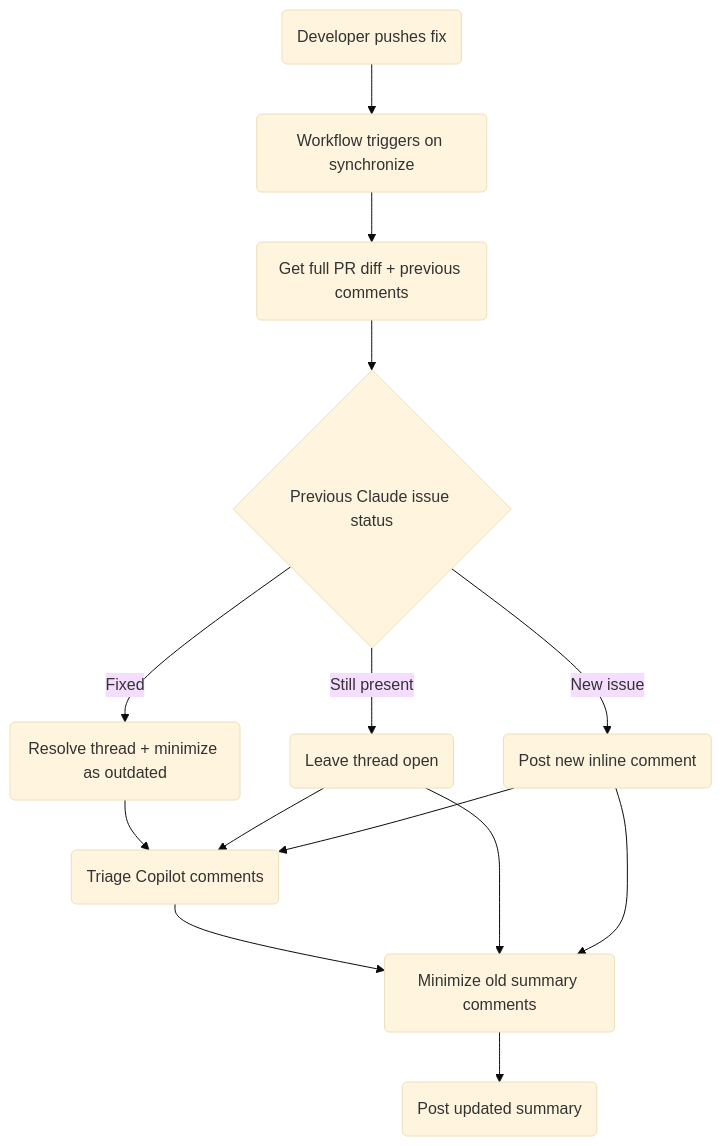
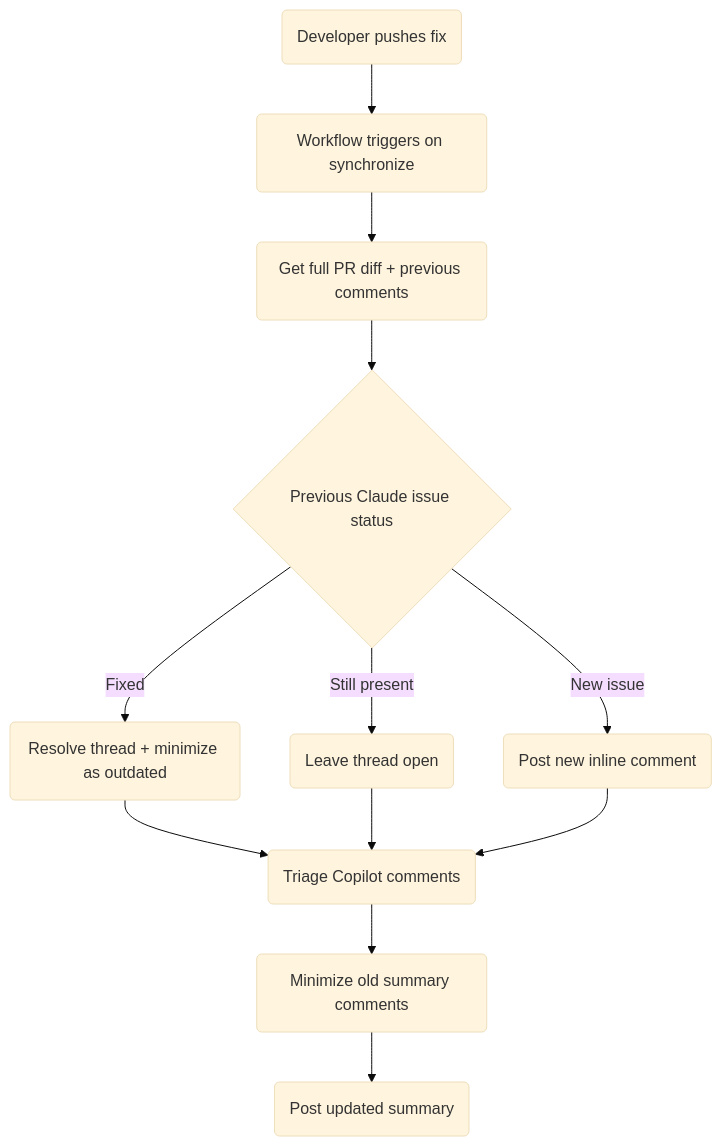
Before and after one commit to SchweizerischeBundesbahnen/github-workflows-polarion: the second of 2 diagrams in docs/claude-code-review.md, drawn with Mermaid (base theme). The commit also changed other lines of this file and 1 other file, not shown here.

Commit message:
fix: add Copilot wait, fix flowchart and paginate issues
- Restore polling for Copilot check run completion (up to 5 min)
  with graceful skip when Copilot is not enabled
- Add --paginate to Copilot comments REST API query
- Remove duplicate flowchart edges that bypassed triage step

````diff
--- a/docs/claude-code-review.md
+++ b/docs/claude-code-review.md
@@ -158,16 +158,14 @@
 ```mermaid
 flowchart TD
   A(Developer pushes fix) --> B(Workflow triggers on synchronize)
   B --> C(Get full PR diff + previous comments)
   C --> D{Previous Claude issue status}
   D -->|Fixed| E(Resolve thread + minimize as outdated)
   D -->|Still present| F(Leave thread open)
   D -->|New issue| G(Post new inline comment)
   E --> CP(Triage Copilot comments)
   F --> CP
   G --> CP
   CP --> H(Minimize old summary comments)
-  F --> H
-  G --> H
   H --> I(Post updated summary)
 ```
````
